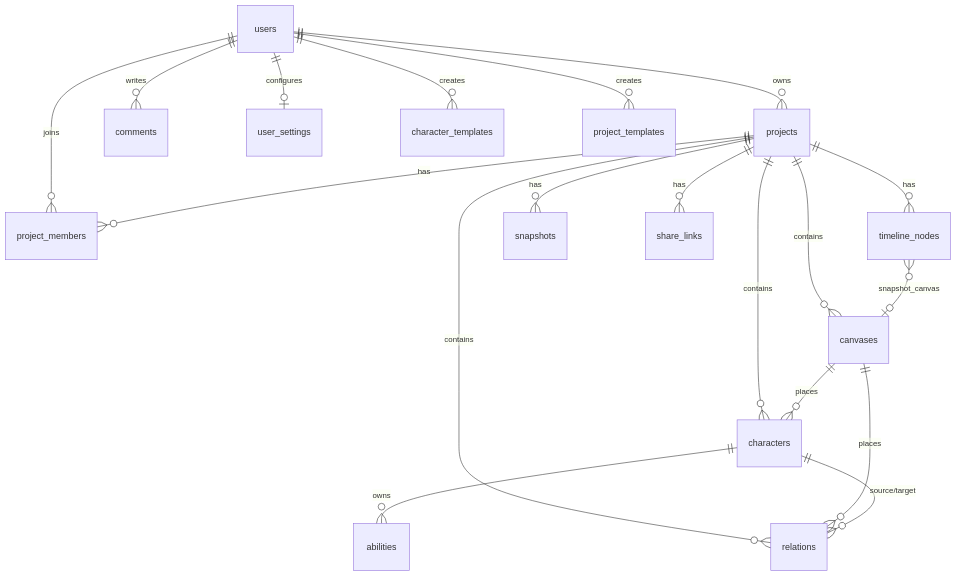
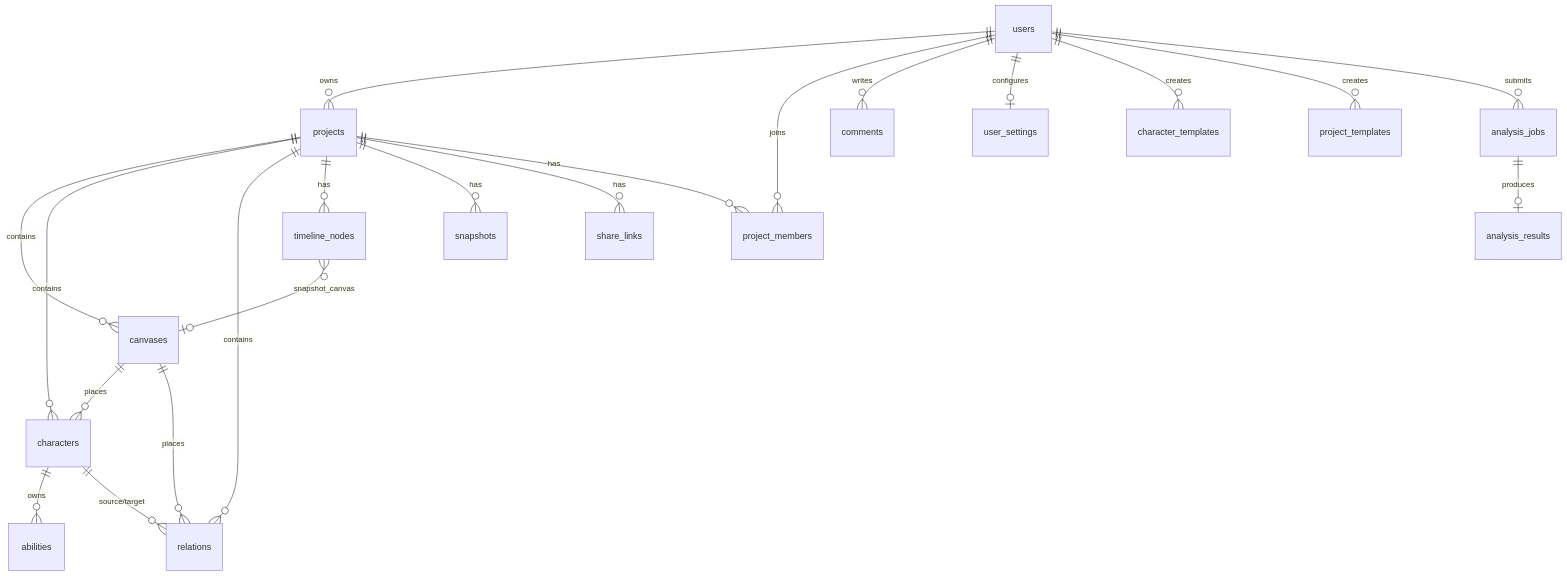
One commit to zl-tqs/relationship_giagram changed the second of 3 diagrams in 小说人物关系图工具-技术设计文档.md. Above: the diagram before and after it, drawn with Mermaid. The commit also changed other lines of this file and 1 other file, not shown here.

````diff
--- a/小说人物关系图工具-技术设计文档.md
+++ b/小说人物关系图工具-技术设计文档.md
@@ -151,21 +163,23 @@
 ```mermaid
 erDiagram
     users ||--o{ projects : owns
     users ||--o{ project_members : joins
     users ||--o{ comments : writes
     projects ||--o{ canvases : contains
     projects ||--o{ characters : contains
     projects ||--o{ relations : contains
     projects ||--o{ timeline_nodes : has
     projects ||--o{ snapshots : has
     projects ||--o{ share_links : has
     projects ||--o{ project_members : has
     canvases ||--o{ characters : places
     canvases ||--o{ relations : places
     characters ||--o{ abilities : owns
     characters ||--o{ relations : "source/target"
     timeline_nodes }o--o| canvases : "snapshot_canvas"
     users ||--o| user_settings : configures
     users ||--o{ character_templates : creates
     users ||--o{ project_templates : creates
+    users ||--o{ analysis_jobs : submits
+    analysis_jobs ||--o| analysis_results : produces
 ```
````
